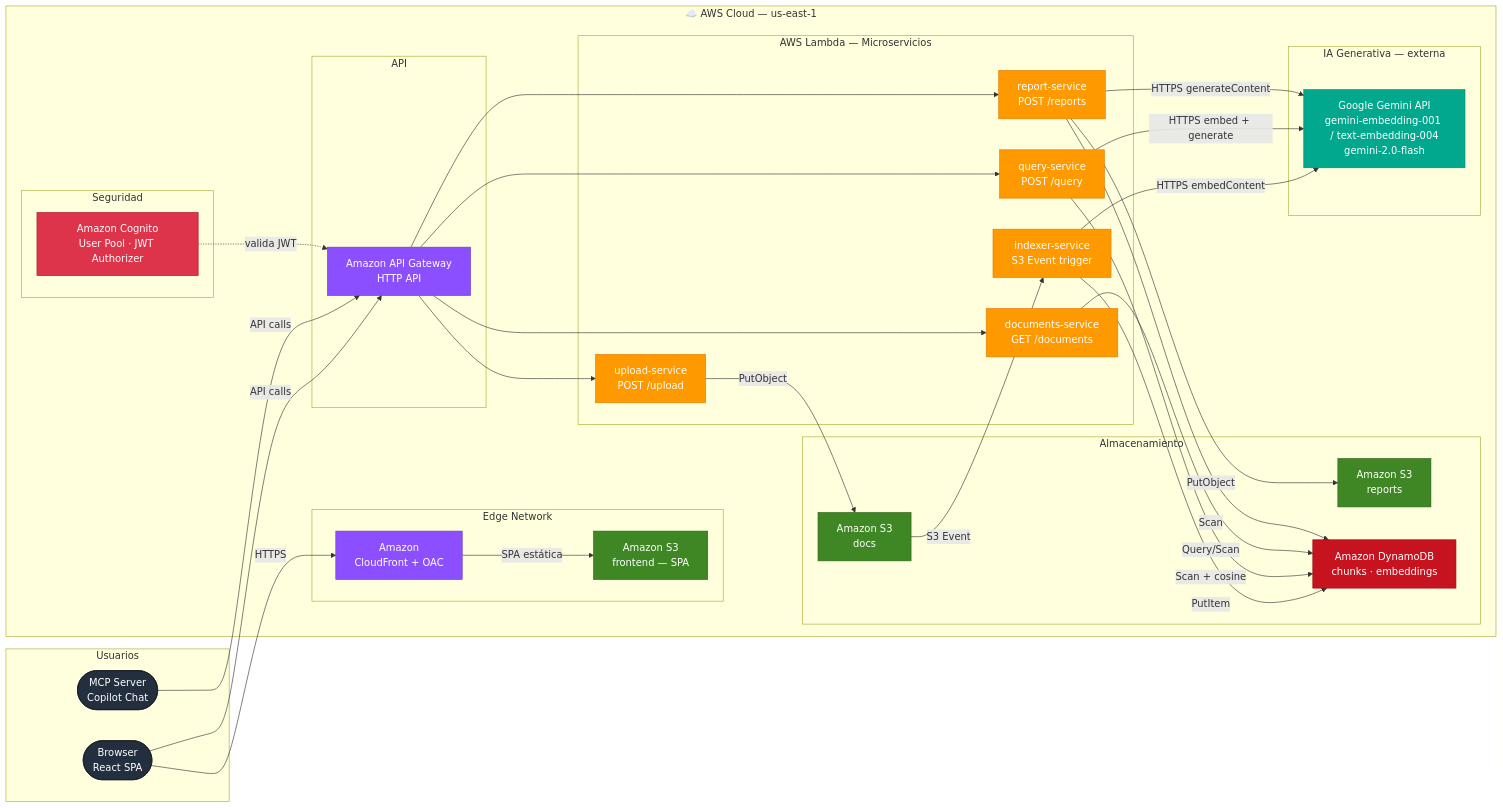
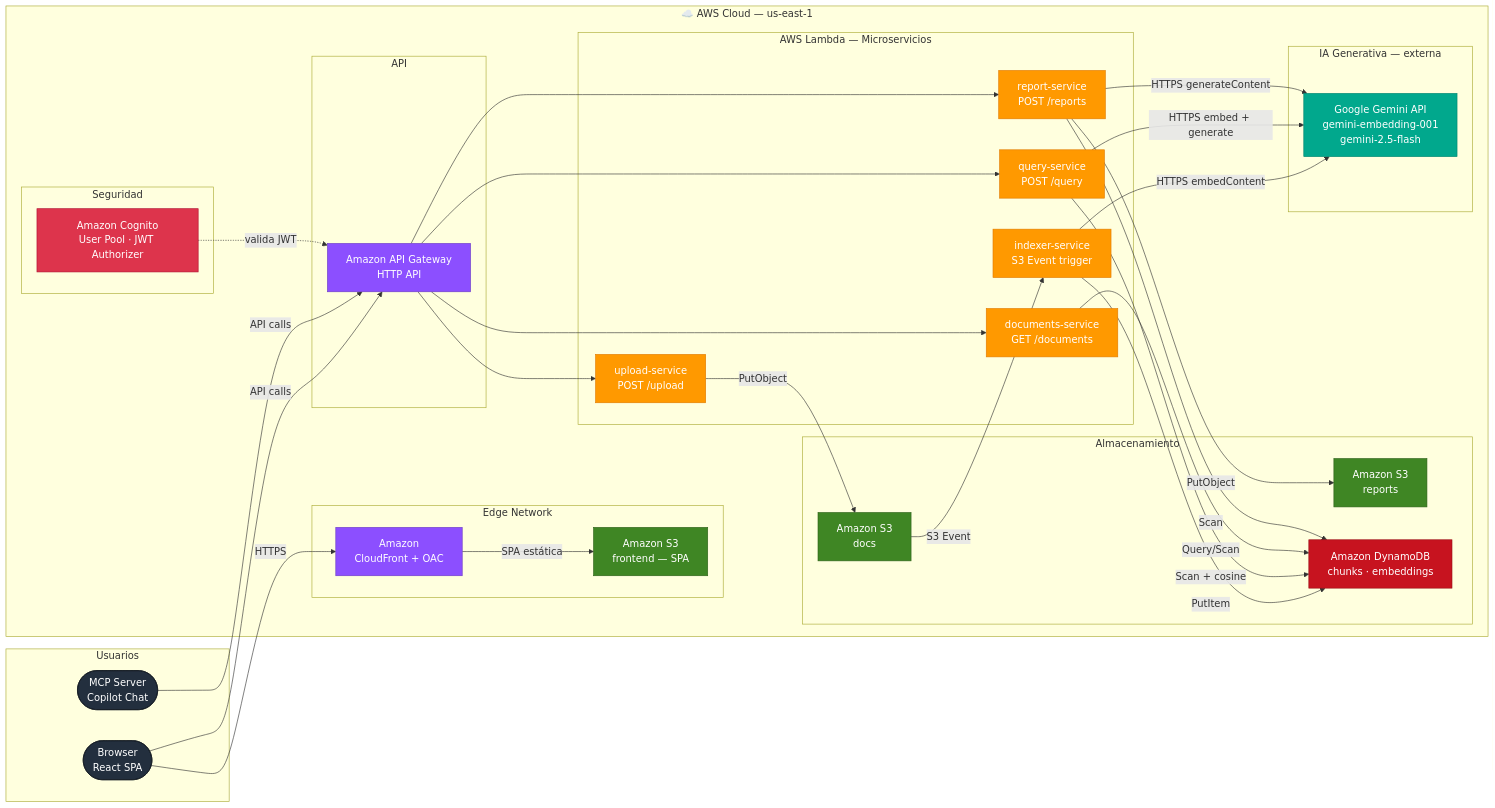
The first of 2 diagrams in docs/architecture.md (susgleik/semantic-research), drawn with Mermaid before and after one commit. The commit also changed other lines of this file and 4 other files, not shown here.

````diff
--- a/docs/architecture.md
+++ b/docs/architecture.md
@@ -14,73 +14,73 @@
 ```mermaid
 graph LR
     classDef external  fill:#232F3E,stroke:#131921,color:#fff
     classDef network   fill:#8C4FFF,stroke:#6B3AC5,color:#fff
     classDef auth      fill:#DD344C,stroke:#B01030,color:#fff
     classDef compute   fill:#FF9900,stroke:#E07B00,color:#fff
     classDef storage   fill:#3F8624,stroke:#2D6018,color:#fff
     classDef database  fill:#C7131F,stroke:#9A0E17,color:#fff
     classDef ai        fill:#01A88D,stroke:#018570,color:#fff
 
     subgraph Usuarios["Usuarios"]
         Browser(["Browser\nReact SPA"]):::external
         MCPClient(["MCP Server\nCopilot Chat"]):::external
     end
 
     subgraph AWSCloud["☁️  AWS Cloud — us-east-1"]
         subgraph EdgeNet["Edge Network"]
             CF["Amazon\nCloudFront + OAC"]:::network
             S3FE["Amazon S3\nfrontend — SPA"]:::storage
         end
 
         subgraph Security["Seguridad"]
             Cognito["Amazon Cognito\nUser Pool · JWT Authorizer"]:::auth
         end
 
         subgraph APILayer["API"]
             APIGW["Amazon API Gateway\nHTTP API"]:::network
         end
 
         subgraph ComputeLayer["AWS Lambda — Microservicios"]
             Upload["upload-service\nPOST /upload"]:::compute
             Indexer["indexer-service\nS3 Event trigger"]:::compute
             Query["query-service\nPOST /query"]:::compute
             Docs["documents-service\nGET /documents"]:::compute
             ReportFn["report-service\nPOST /reports"]:::compute
         end
 
         subgraph DataLayer["Almacenamiento"]
             S3Docs["Amazon S3\ndocs"]:::storage
             S3Rep["Amazon S3\nreports"]:::storage
             DynTable["Amazon DynamoDB\nchunks · embeddings"]:::database
         end
 
         subgraph AILayer["IA Generativa — externa"]
-            Gemini["Google Gemini API\ngemini-embedding-001 / text-embedding-004\ngemini-2.0-flash"]:::ai
+            Gemini["Google Gemini API\ngemini-embedding-001\ngemini-2.5-flash"]:::ai
         end
     end
 
     Browser      -->|"HTTPS"| CF
     CF           -->|"SPA estática"| S3FE
     Browser      -->|"API calls"| APIGW
     MCPClient    -->|"API calls"| APIGW
     Cognito      -. "valida JWT" .-> APIGW
 
     APIGW --> Upload
     APIGW --> Query
     APIGW --> Docs
     APIGW --> ReportFn
 
     Upload       -->|"PutObject"| S3Docs
     S3Docs       -->|"S3 Event"| Indexer
     Indexer      -->|"HTTPS embedContent"| Gemini
     Indexer      -->|"PutItem"| DynTable
 
     Query        -->|"Scan + cosine"| DynTable
     Query        -->|"HTTPS embed + generate"| Gemini
 
     Docs         -->|"Query/Scan"| DynTable
 
     ReportFn     -->|"Scan"| DynTable
     ReportFn     -->|"HTTPS generateContent"| Gemini
     ReportFn     -->|"PutObject"| S3Rep
 ```
````
